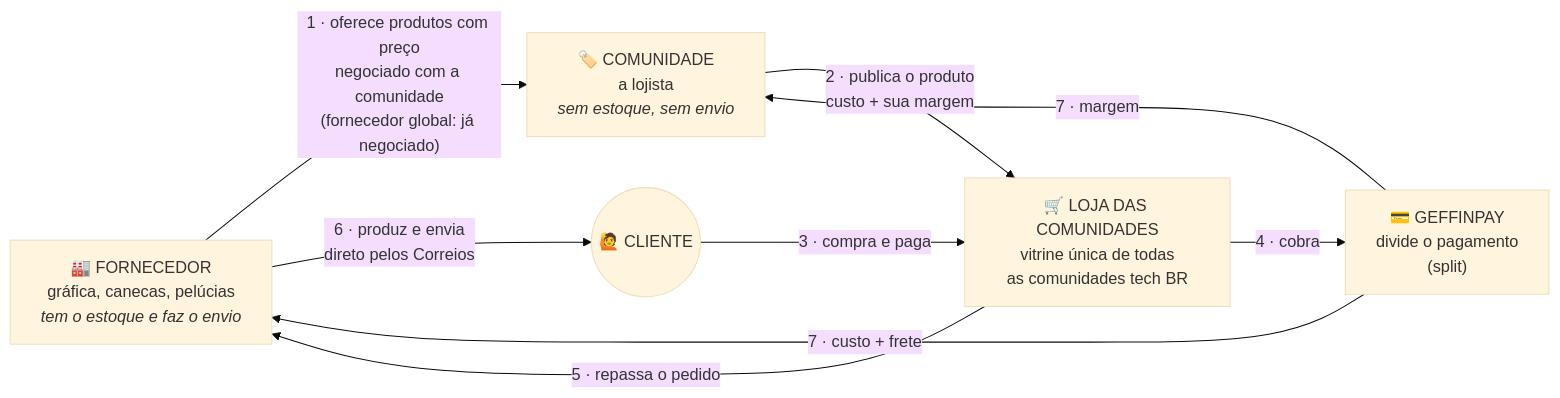
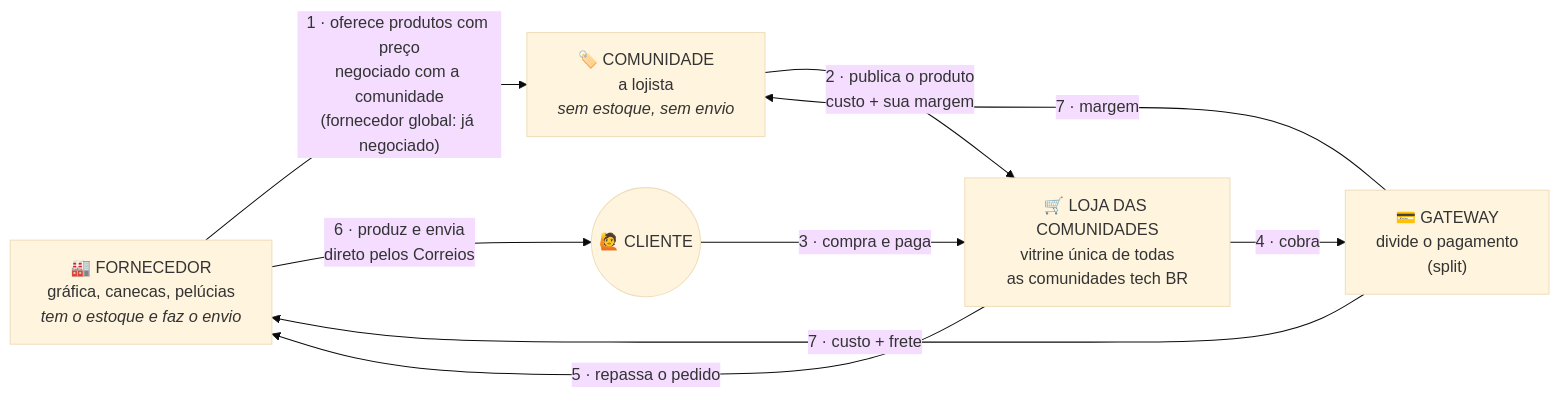
Before and after one commit to BdsOliveira/loja-tech-brasil: the first of 29 diagrams in modelo-de-negocios.md, drawn with Mermaid (base theme). The commit also changed other lines of this file, not shown here.

Commit message:
docs: substitui marca do gateway de pagamento por termo genérico

````diff
--- a/modelo-de-negocios.md
+++ b/modelo-de-negocios.md
@@ -27,17 +27,17 @@
 ```mermaid
 flowchart LR
     FOR["🏭 FORNECEDOR<br/>gráfica, canecas, pelúcias<br/><i>tem o estoque e faz o envio</i>"]
     COM["🏷️ COMUNIDADE<br/>a lojista<br/><i>sem estoque, sem envio</i>"]
     LOJA["🛒 LOJA DAS COMUNIDADES<br/>vitrine única de todas<br/>as comunidades tech BR"]
     CLI(("🙋 CLIENTE"))
-    GEF["💳 GEFFINPAY<br/>divide o pagamento<br/>(split)"]
+    GEF["💳 GATEWAY<br/>divide o pagamento<br/>(split)"]
 
     FOR -- "1 · oferece produtos com preço<br/>negociado com a comunidade<br/>(fornecedor global: já negociado)" --> COM
     COM -- "2 · publica o produto<br/>custo + sua margem" --> LOJA
     CLI -- "3 · compra e paga" --> LOJA
     LOJA -- "4 · cobra" --> GEF
     LOJA -- "5 · repassa o pedido" --> FOR
     FOR -- "6 · produz e envia<br/>direto pelos Correios" --> CLI
     GEF -- "7 · custo + frete" --> FOR
     GEF -- "7 · margem" --> COM
 ```
````
